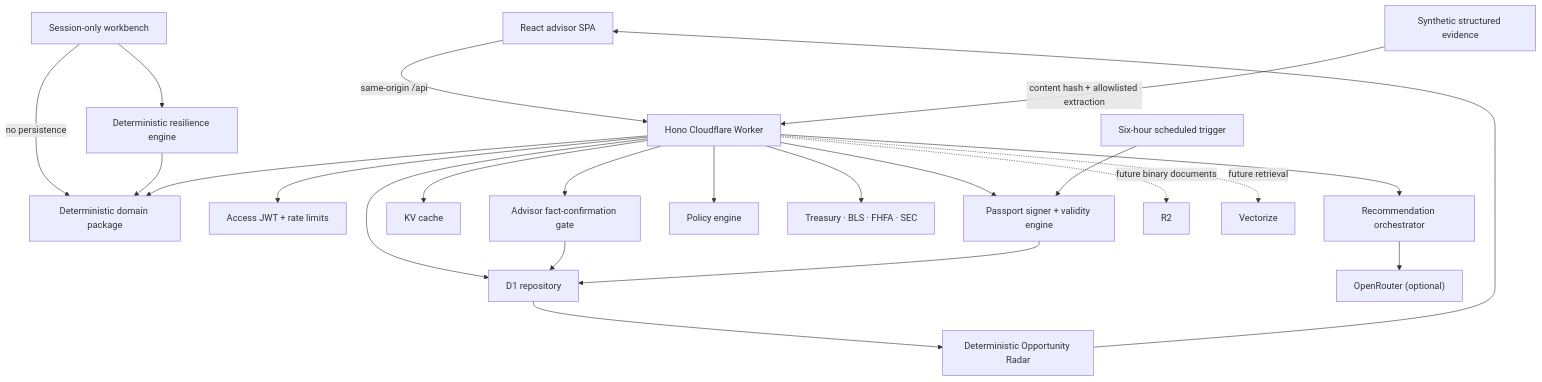
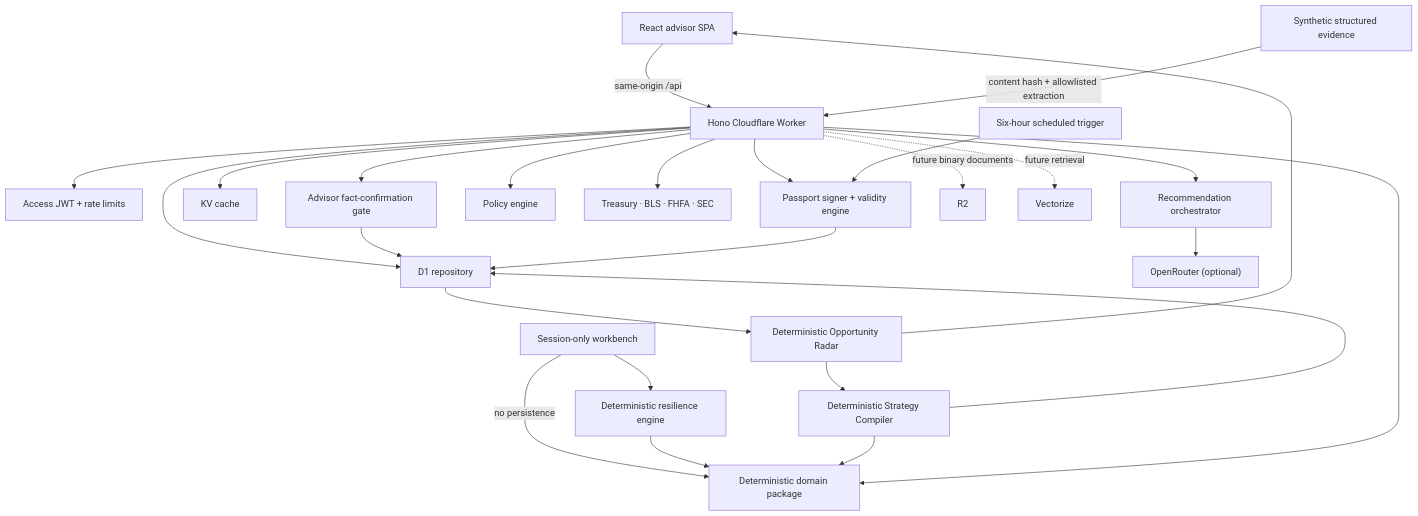
The diagram in docs/architecture.md (AjayKasu1/financial-independence-digital-twin), drawn with Mermaid before and after one commit. The commit also changed other lines of this file and 18 other files, not shown here.

Commit message:
Build governed RSU strategy compiler

````diff
--- a/docs/architecture.md
+++ b/docs/architecture.md
@@ -5,25 +5,28 @@
 ```mermaid
 flowchart TB
   Browser["React advisor SPA"] -->|"same-origin /api"| Worker["Hono Cloudflare Worker"]
   Workbench["Session-only workbench"] -->|"no persistence"| Domain
   Workbench --> Resilience["Deterministic resilience engine"]
   Resilience --> Domain
   Worker --> Auth["Access JWT + rate limits"]
   Worker --> D1["D1 repository"]
   Evidence["Synthetic structured evidence"] -->|"content hash + allowlisted extraction"| Worker
   Worker --> Confirm["Advisor fact-confirmation gate"]
   Confirm --> D1
   D1 --> Radar["Deterministic Opportunity Radar"]
   Radar --> Browser
+  Radar --> Compiler["Deterministic Strategy Compiler"]
+  Compiler --> Domain
+  Compiler --> D1
   Worker --> KV["KV cache"]
   Worker --> Domain["Deterministic domain package"]
   Worker --> AI["Recommendation orchestrator"]
   AI --> OR["OpenRouter (optional)"]
   Worker --> Policy["Policy engine"]
   Worker --> Public["Treasury · BLS · FHFA · SEC"]
   Worker --> Passport["Passport signer + validity engine"]
   Cron["Six-hour scheduled trigger"] --> Passport
   Passport --> D1
   Worker -. future binary documents .-> R2["R2"]
   Worker -. future retrieval .-> Vectorize["Vectorize"]
 ```
````
